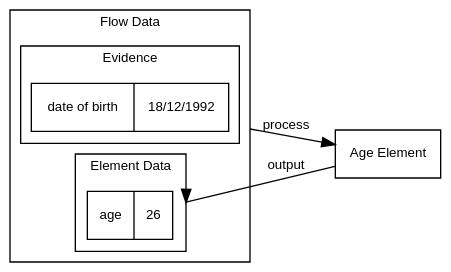
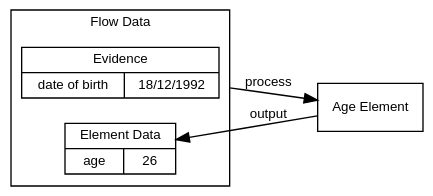
The diagram in src/graphs/ageelement-process.dot (51Degrees/documentation), drawn with Graphviz before and after one commit.

Commit message:
DOC: Neatened up graph.

```diff
--- a/src/graphs/ageelement-process.dot
+++ b/src/graphs/ageelement-process.dot
@@ -1,28 +1,20 @@
 digraph P {
     compound=true;
     bgcolor=transparent;
     rankdir=LR;
     node [shape=record, fontname=Helvetica, fontsize=10];
     edge [fontname=Helvetica, fontsize=10];
     
     subgraph clusterFD {
         fontname=Helvetica;
         fontsize=10;
         label="Flow Data";
         URL="@ref Concepts_Data_FlowData";
-        subgraph clusterE {
-            label=Evidence; 
-            URL="@ref Concepts_Data_Evidence";
-            structD [label="{<f0>date of birth|<f1>18/12/1992}"];
-        }
-        subgraph clusterED {
-            label="Element Data";
-            URL="@ref Concepts_Data_ElementData";
-            structV [label="{<f0>age|<f1>26}"];
-        }
+        structE [label="<f0>Evidence|{<f1>date of birth|<f2>18/12/1992}", URL="@ref Concepts_Data_Evidence"];
+        structED [label="<f0>Element Data|{<f1>age|<f2>26}", URL="@ref Concepts_Data_ElementData"];
     }
     FE [label="Age Element"];
     
-    structD -> FE [ltail=clusterFD, label=process];
-    FE -> structV [lhead=clusterED, label=output];
+    structE -> FE [ltail=clusterFD, label=process];
+    FE -> structED [label=output];
 }
```
